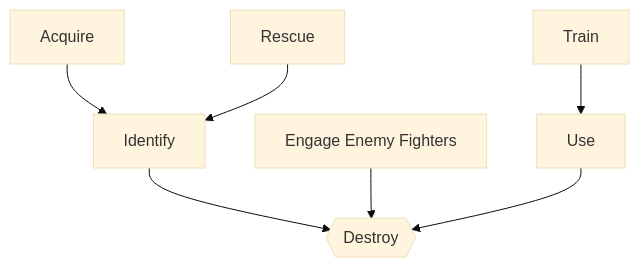
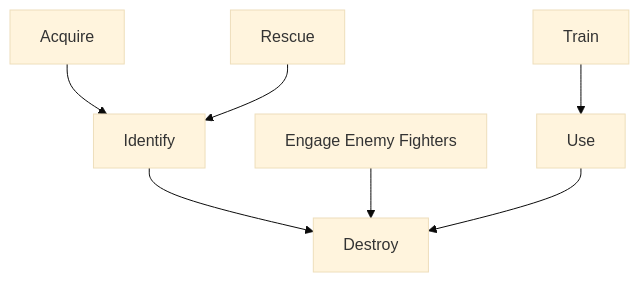
Before and after one commit to michaelpatrickpurcell/Decibel: the diagram in narrative_structure.md, drawn with Mermaid (base theme).

````diff
--- a/narrative_structure.md
+++ b/narrative_structure.md
@@ -38,9 +38,9 @@
 ```mermaid
 graph TD;
     id6[Acquire]-->id3[Identify];
     id5[Train]-->id1[Use];
     id4[Rescue]-->id3;
-    id3-->id0{{Destroy}};
+    id3-->id0[Destroy];
     id2[Engage Enemy Fighters]-->id0;
     id1-->id0;
 ```
````
